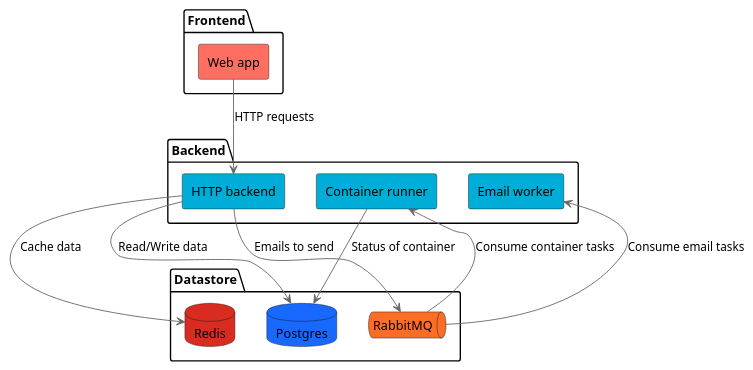
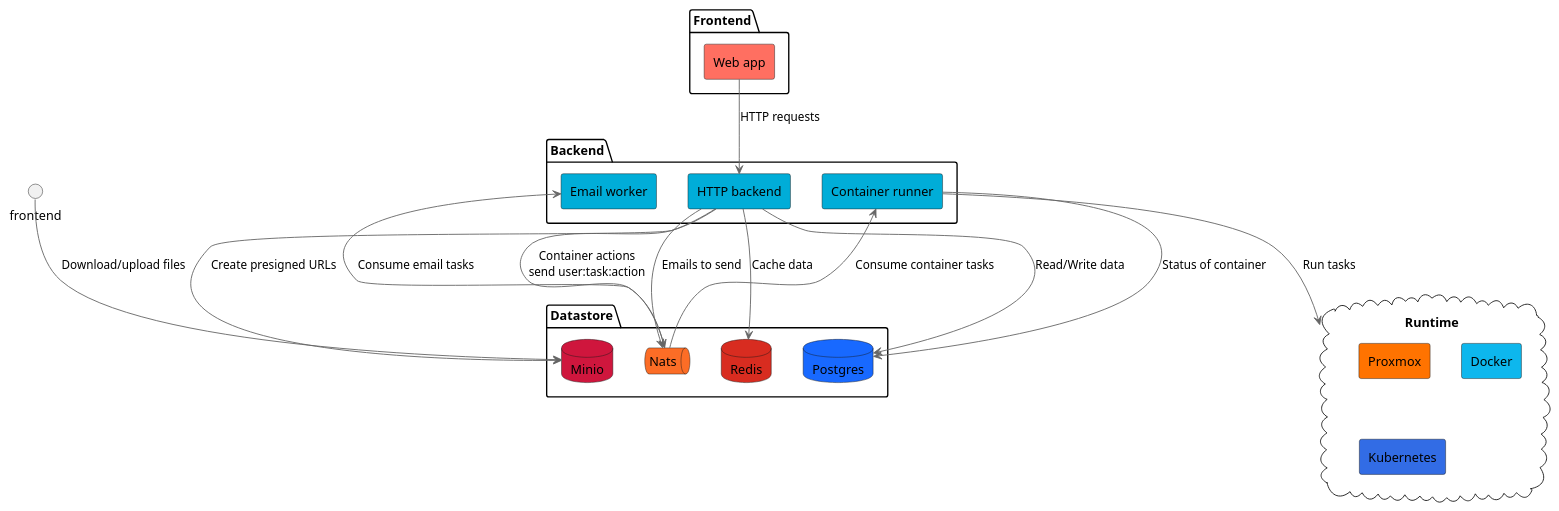
The diagram in docs/architecture.puml (nrf24l01/aCTFb), drawn with PlantUML before and after one commit. The commit also changed 2 other files, not shown here.

```diff
--- a/docs/architecture.puml
+++ b/docs/architecture.puml
@@ -1,34 +1,46 @@
 @startuml architecture
 
 skinparam componentStyle rectangle
 skinparam backgroundColor white
 skinparam defaultFontName Arial
 skinparam arrowColor #666666
 
+cloud Runtime {
+    [Proxmox] as proxmox #ff7300
+    [Docker] as docker #0db7ed
+    [Kubernetes] as kubernetes #326ce5
+}
+
 package "Datastore" {
     database "Postgres" as postgres #1869ff
-    queue "RabbitMQ" as rabbit #FC6D26
+    queue "Nats" as mq #FC6D26
     database "Redis" as redis #D82C20
+    database "Minio" as minio #CF163D
 }
 
 package "Backend" {
     [HTTP backend] as backend #00ADD8
     [Email worker] as emailWorker #00ADD8
     [Container runner] as containerRunner #00ADD8
 }
 
 package "Frontend" {
     [Web app] as webApp #FF6F61
 }
 
 webApp --> backend : "HTTP requests"
 backend --> postgres : "Read/Write data"
-backend --> rabbit : "Emails to send"
+backend --> minio : "Create presigned URLs"
+frontend --> minio : "Download/upload files"
+backend --> mq : "Emails to send"
+backend --> mq : "Container actions\nsend user:task:action"
 backend --> redis : "Cache data"
 
-rabbit --> emailWorker : "Consume email tasks"
+containerRunner --> Runtime : "Run tasks"
 
-rabbit --> containerRunner : "Consume container tasks"
+mq --> emailWorker : "Consume email tasks"
+
+mq --> containerRunner : "Consume container tasks"
 containerRunner --> postgres : "Status of container"
 
 @enduml
```
